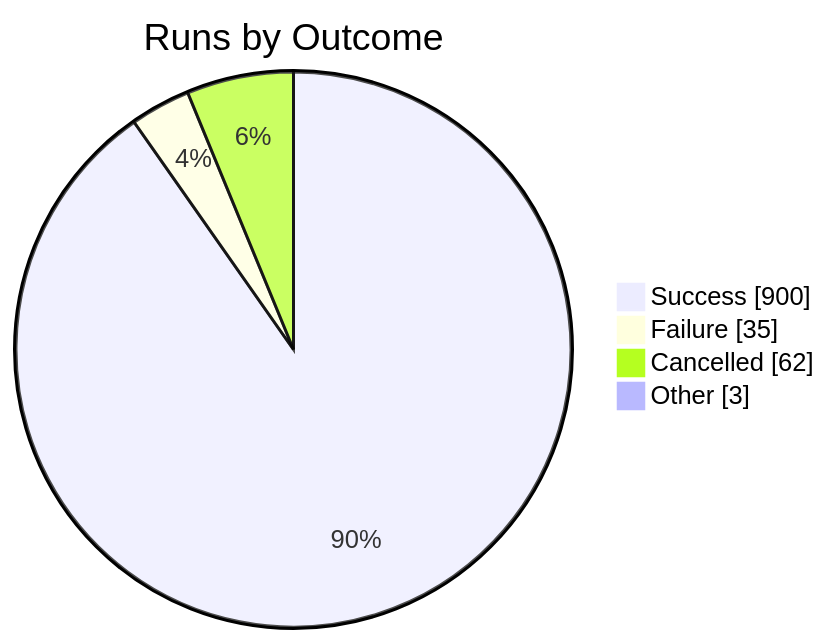
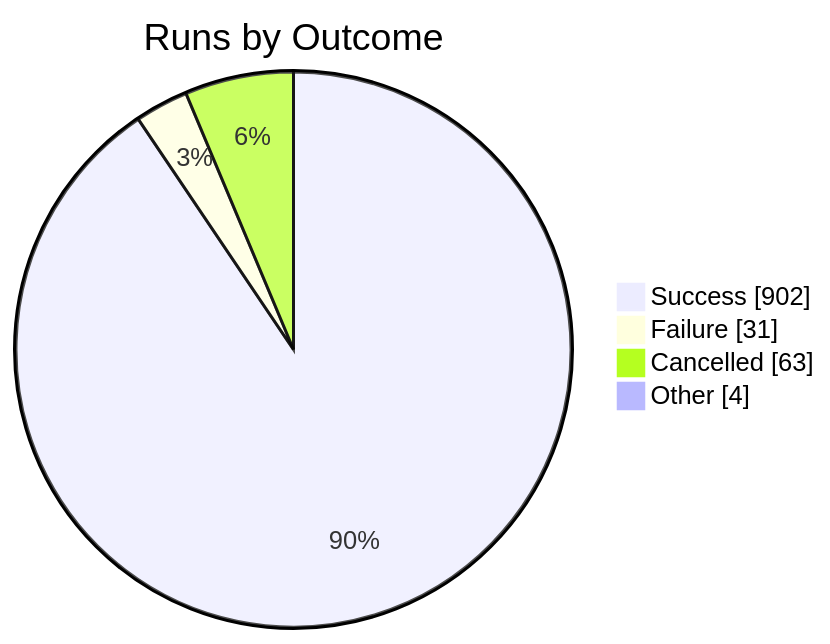
The first of 2 diagrams in apps/kbve/astro-kbve/src/content/docs/dashboard/ci-health.mdx (KBVE/kbve), drawn with Mermaid before and after one commit. The commit also changed other lines of this file and 1 other file, not shown here.

````diff
--- a/apps/kbve/astro-kbve/src/content/docs/dashboard/ci-health.mdx
+++ b/apps/kbve/astro-kbve/src/content/docs/dashboard/ci-health.mdx
@@ -189,8 +189,8 @@
 ```mermaid
 pie showData
     title Runs by Outcome
-    "Success" : 900
-    "Failure" : 35
-    "Cancelled" : 62
-    "Other" : 3
+    "Success" : 902
+    "Failure" : 31
+    "Cancelled" : 63
+    "Other" : 4
 ```
````
